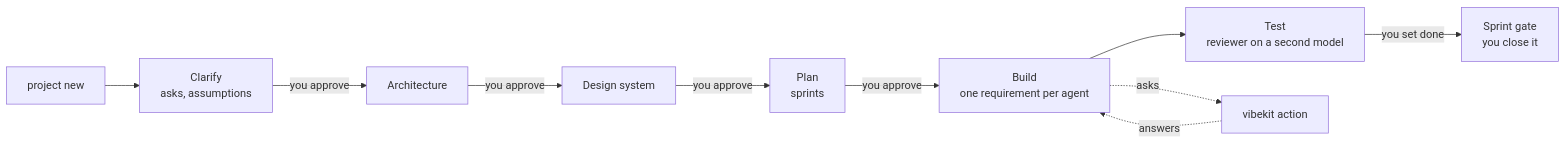
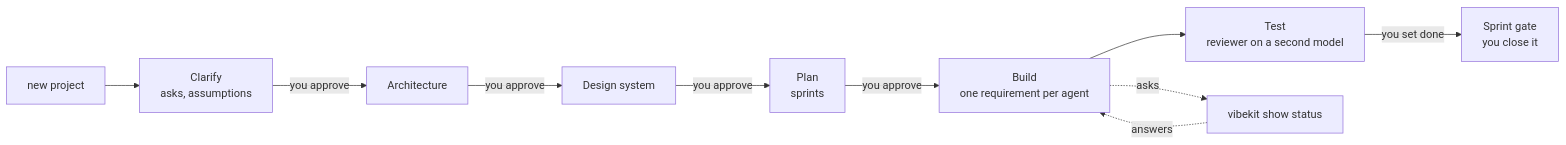
One commit to Pershanthenm/vibekit changed the diagram in README.md. Above: the diagram before and after it, drawn with Mermaid. The commit also changed other lines of this file and 54 other files, not shown here.

````diff
--- a/README.md
+++ b/README.md
@@ -168,12 +168,12 @@
 ```mermaid
 flowchart LR
-  A[project new] --> B[Clarify<br/>asks, assumptions]
+  A[new project] --> B[Clarify<br/>asks, assumptions]
   B -->|you approve| C[Architecture]
   C -->|you approve| D[Design system]
   D -->|you approve| E[Plan<br/>sprints]
   E -->|you approve| F[Build<br/>one requirement per agent]
   F --> G[Test<br/>reviewer on a second model]
   G -->|you set done| H[Sprint gate<br/>you close it]
-  F -. asks .-> I[vibekit action]
+  F -. asks .-> I[vibekit show status]
   I -. answers .-> F
 ```
````
